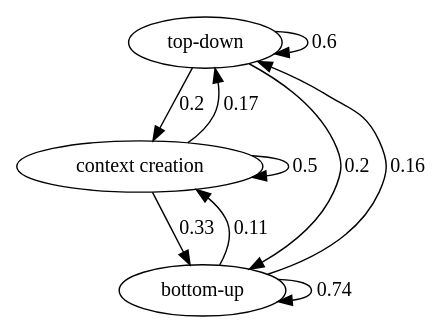
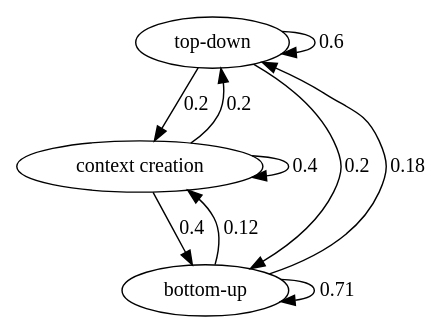
Before and after one commit to dorisjlee/ZV-paper: the diagram in analysis/genetics_break.dot, drawn with Graphviz. The commit also changed 35 other files, not shown here.

```diff
--- a/analysis/genetics_break.dot
+++ b/analysis/genetics_break.dot
@@ -1,14 +1,14 @@
 digraph  {
 "top-down";
 "context creation";
 "bottom-up";
 "top-down" -> "top-down"  [weight="0.6", label="0.6"];
 "top-down" -> "context creation"  [weight="0.2", label="0.2"];
 "top-down" -> "bottom-up"  [weight="0.2", label="0.2"];
-"context creation" -> "top-down"  [weight="0.16666666666666666", label="0.17"];
-"context creation" -> "context creation"  [weight="0.5", label="0.5"];
-"context creation" -> "bottom-up"  [weight="0.3333333333333333", label="0.33"];
-"bottom-up" -> "top-down"  [weight="0.15789473684210525", label="0.16"];
-"bottom-up" -> "context creation"  [weight="0.10526315789473684", label="0.11"];
-"bottom-up" -> "bottom-up"  [weight="0.7368421052631579", label="0.74"];
+"context creation" -> "top-down"  [weight="0.2", label="0.2"];
+"context creation" -> "context creation"  [weight="0.4", label="0.4"];
+"context creation" -> "bottom-up"  [weight="0.4", label="0.4"];
+"bottom-up" -> "top-down"  [weight="0.17647058823529413", label="0.18"];
+"bottom-up" -> "context creation"  [weight="0.11764705882352941", label="0.12"];
+"bottom-up" -> "bottom-up"  [weight="0.7058823529411765", label="0.71"];
 }
```
